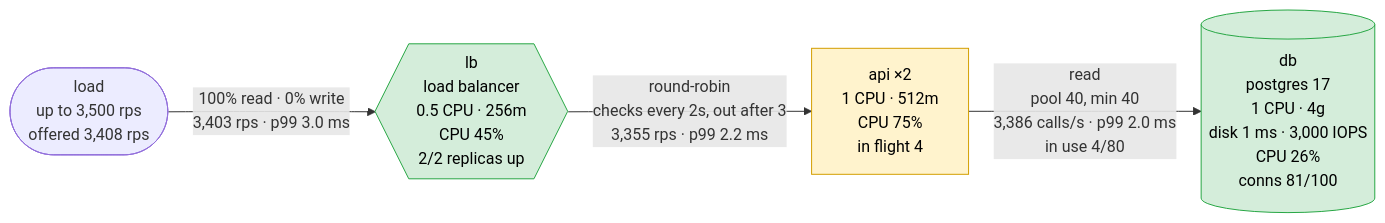
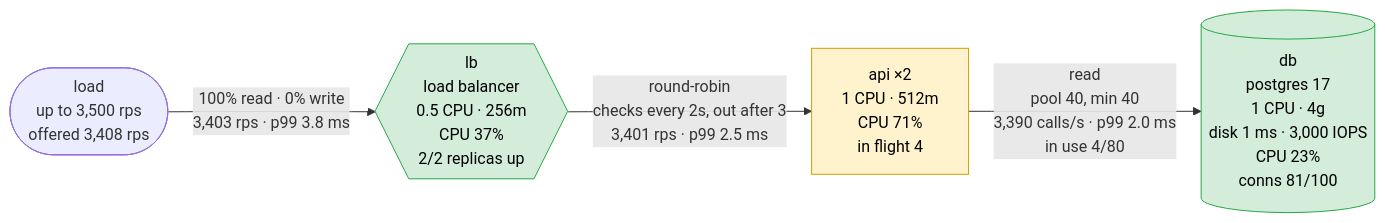
One commit to akinfemi/load-lore changed the first of 5 diagrams in scenarios/statement-day/solutions/more-memory/report.md. Above: the diagram before and after it, drawn with Mermaid. The commit also changed other lines of this file and 3 other files, not shown here.

Commit message:
statement day: reference reports and load block from the check with read timing

````diff
--- a/scenarios/statement-day/solutions/more-memory/report.md
+++ b/scenarios/statement-day/solutions/more-memory/report.md
@@ -17,15 +19,15 @@
 ```mermaid
 flowchart LR
     load(["load<br/>up to 3,500 rps<br/>offered 3,408 rps"])
-    lb{{"lb<br/>load balancer<br/>0.5 CPU · 256m<br/>CPU 45%<br/>2/2 replicas up"}}
-    api["api ×2<br/>1 CPU · 512m<br/>CPU 75%<br/>in flight 4"]
-    db[("db<br/>postgres 17<br/>1 CPU · 4g<br/>disk 1 ms · 3,000 IOPS<br/>CPU 26%<br/>conns 81/100")]
-    load -->|"100% read · 0% write<br/>3,403 rps · p99 3.0 ms"| lb
-    lb -->|"round-robin<br/>checks every 2s, out after 3<br/>3,355 rps · p99 2.2 ms"| api
-    api -->|"read<br/>pool 40, min 40<br/>3,386 calls/s · p99 2.0 ms<br/>in use 4/80"| db
+    lb{{"lb<br/>load balancer<br/>0.5 CPU · 256m<br/>CPU 37%<br/>2/2 replicas up"}}
+    api["api ×2<br/>1 CPU · 512m<br/>CPU 71%<br/>in flight 4"]
+    db[("db<br/>postgres 17<br/>1 CPU · 4g<br/>disk 1 ms · 3,000 IOPS<br/>CPU 23%<br/>conns 81/100")]
+    load -->|"100% read · 0% write<br/>3,403 rps · p99 3.8 ms"| lb
+    lb -->|"round-robin<br/>checks every 2s, out after 3<br/>3,401 rps · p99 2.5 ms"| api
+    api -->|"read<br/>pool 40, min 40<br/>3,390 calls/s · p99 2.0 ms<br/>in use 4/80"| db
     classDef ok fill:#d4edda,stroke:#28a745,color:#000
     classDef warm fill:#fff3cd,stroke:#d39e00,color:#000
     classDef hot fill:#f8d7da,stroke:#dc3545,color:#000
     class lb,db ok
     class api warm
 ```
````
